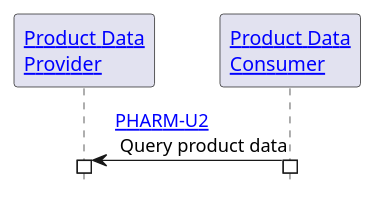
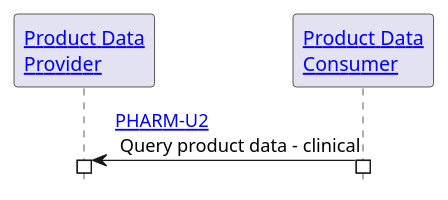
The diagram in input/images-source/u2.plantuml (unicom-project-eu/unicom-ihe-transactions), drawn with PlantUML before and after one commit. The commit also changed 12 other files, not shown here.

```diff
--- a/input/images-source/u2.plantuml
+++ b/input/images-source/u2.plantuml
@@ -1,10 +1,10 @@
 @startuml
 hide footbox
 participant "[[actors_and_transactions.html#product-data-provider Product Data\nProvider]]" as a1
 participant "[[actors_and_transactions.html#product-data-consumer Product Data\nConsumer ]]" as a2
 
-a2 -> a1 : [[u2.html PHARM-U2]]\n Query product data
+a2 -> a1 : [[u2.html PHARM-U2]]\n Query product data - clinical
 activate a1
 activate a2
 
 @enduml
```
